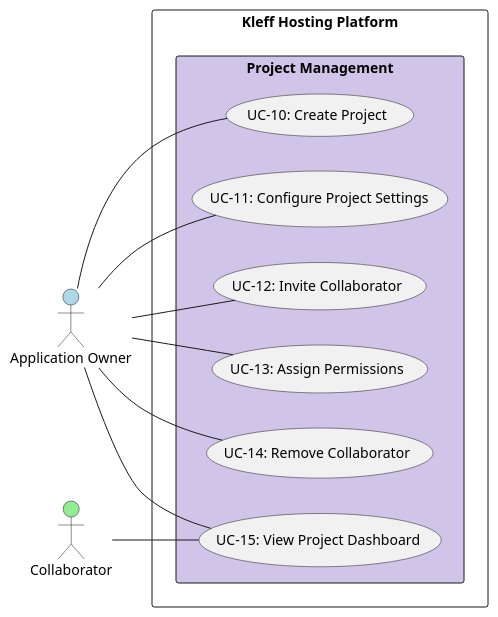
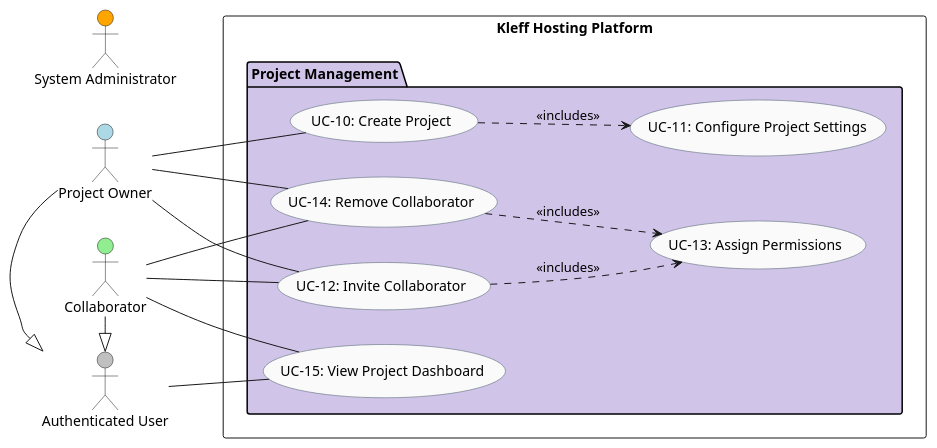
One commit to kleffio/.github changed the diagram in docs/Project/ProjectManagementUseCase.puml. Above: the diagram before and after it, drawn with PlantUML. The commit also changed 5 other files, not shown here.

```diff
--- a/docs/Project/ProjectManagementUseCase.puml
+++ b/docs/Project/ProjectManagementUseCase.puml
@@ -1,30 +1,47 @@
 @startuml Kleff Hosting - Project Management Use Cases
 left to right direction
-skinparam packageStyle rectangle
+skinparam shadowing false
+skinparam usecase {
+  BackgroundColor #FAFAFA
+  BorderColor #455A64
+  RoundCorner 14
+}
 
-actor "Application Owner" as Owner #lightblue
+' ==== Actors ====
+actor "Authenticated User" as AuthUser #silver
+actor "Project Owner" as Owner #lightblue
 actor "Collaborator" as Collab #lightgreen
+actor "System Administrator" as Admin #orange
+
+Owner -|> AuthUser
+Collab -|> AuthUser
 
 rectangle "Kleff Hosting Platform" {
+
   package "Project Management" #D1C4E9 {
     usecase "UC-10: Create Project" as UC10
     usecase "UC-11: Configure Project Settings" as UC11
     usecase "UC-12: Invite Collaborator" as UC12
     usecase "UC-13: Assign Permissions" as UC13
     usecase "UC-14: Remove Collaborator" as UC14
     usecase "UC-15: View Project Dashboard" as UC15
   }
 }
 
-' Owner
+' ==== Actor Relationships ====
+AuthUser -- UC15
+
 Owner -- UC10
-Owner -- UC11
 Owner -- UC12
-Owner -- UC13
 Owner -- UC14
-Owner -- UC15
 
-' Collaborator
+Collab -- UC12
+Collab -- UC14
 Collab -- UC15
 
+' ==== INCLUDES ====
+UC10 ..> UC11 : <<includes>>
+UC12 ..> UC13 : <<includes>>
+UC14 ..> UC13 : <<includes>>
+
 @enduml
```
